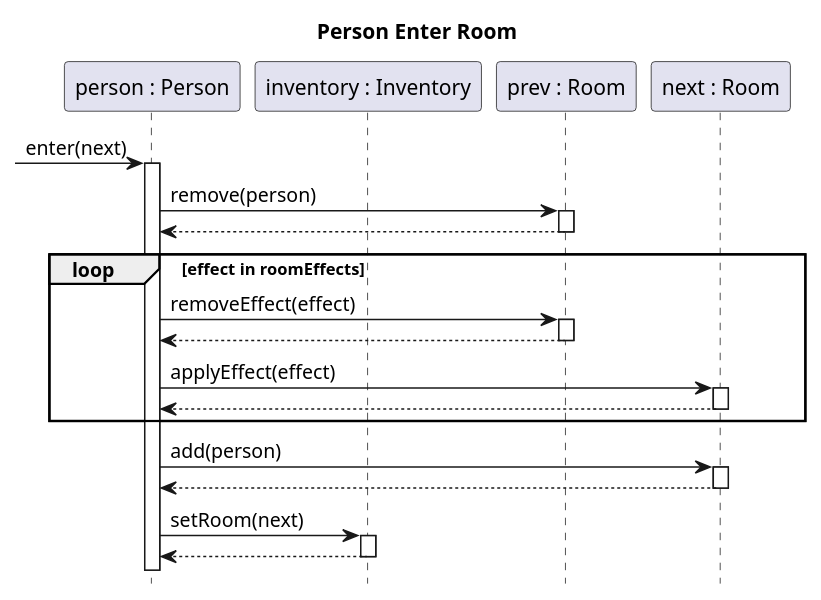
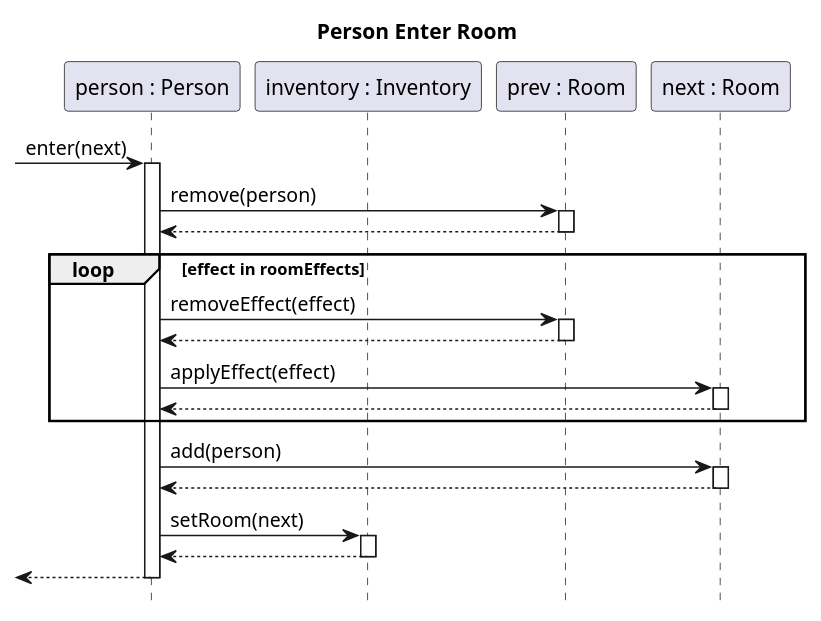
Before and after one commit to sn4k3ch4rm3r/logarlec: the diagram in docs/diagrams/sequence/person-enter-room.puml, drawn with PlantUML.

Commit message:
added missing return statement in 1 diagram

```diff
--- a/docs/diagrams/sequence/person-enter-room.puml
+++ b/docs/diagrams/sequence/person-enter-room.puml
@@ -1,25 +1,26 @@
 @startuml person-enter-room
 title Person Enter Room
 hide footbox
 skinparam SequenceReferenceBackgroundColor white
 autoactivate on
 
 participant "person : Person" as person
 participant "inventory : Inventory" as inv
 participant "prev : Room" as prev
 participant "next : Room" as next
 
 [-> person : enter(next)
 	person -> prev : remove(person)
 	return
 	loop effect in roomEffects 
 		person -> prev : removeEffect(effect)
 		return
 		person -> next : applyEffect(effect)
 		return
 	end
 	person -> next : add(person)
 	return
 	person -> inv : setRoom(next)
+	return
 return
 @enduml
```
